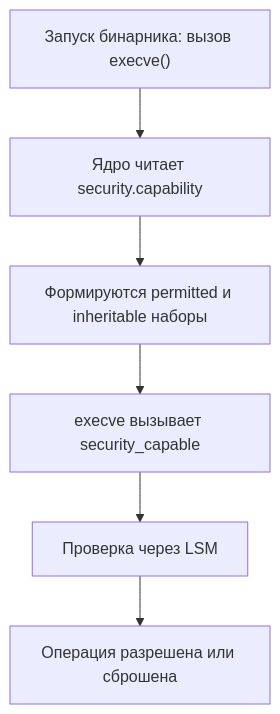
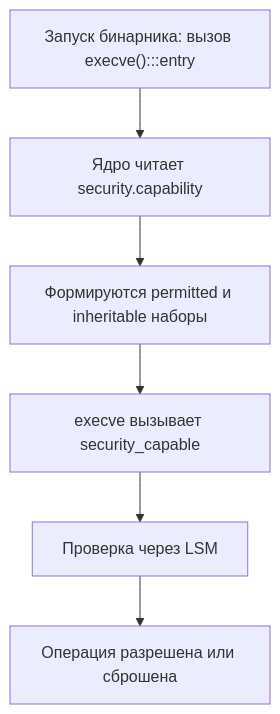
The third of 4 diagrams in sources/2. Устройство и работа ОС/57. ACL, capabilities и привилегии процессов.md (UnrealTemplier/go-textbook), drawn with Mermaid before and after one commit. The commit also changed other lines of this file and 1666 other files, not shown here.

First line of the commit message:
feat(mermaid): add semantic color classDef to 1369 colorless flowchart/graph diagrams

````diff
--- a/sources/2. Устройство и работа ОС/57. ACL, capabilities и привилегии процессов.md
+++ b/sources/2. Устройство и работа ОС/57. ACL, capabilities и привилегии процессов.md
@@ -100,8 +120,18 @@
 ```mermaid
 flowchart TD
-    A["Запуск бинарника: вызов execve()"] --> B["Ядро читает security.capability"]
+    classDef process  fill:#1e293b,stroke:#38bdf8,stroke-width:1px,color:#f8fafc
+    classDef success  fill:#064e3b,stroke:#34d399,stroke-width:1px,color:#f8fafc
+    classDef error    fill:#7f1d1d,stroke:#f87171,stroke-width:1px,color:#f8fafc
+    classDef warning  fill:#78350f,stroke:#fbbf24,stroke-width:1px,color:#f8fafc
+    classDef entry    fill:#1e3a5f,stroke:#38bdf8,stroke-width:2px,color:#f8fafc
+    classDef aux      fill:#334155,stroke:#64748b,stroke-width:1px,color:#f8fafc
+    classDef system   fill:#312e81,stroke:#a78bfa,stroke-width:1px,color:#f8fafc
+    classDef data     fill:#132d29,stroke:#2dd4bf,stroke-width:1px,color:#f8fafc
+    classDef network  fill:#881337,stroke:#fb7185,stroke-width:1px,color:#f8fafc
+    classDef accent   fill:#1e1b4b,stroke:#818cf8,stroke-width:1px,color:#f8fafc
+    A["Запуск бинарника: вызов execve():::entry"] --> B["Ядро читает security.capability"]
     B --> C["Формируются permitted и inheritable наборы"]
     C --> D["execve вызывает security_capable"]
     D --> E["Проверка через LSM"]
     E --> F["Операция разрешена или сброшена"]
 ```
````
